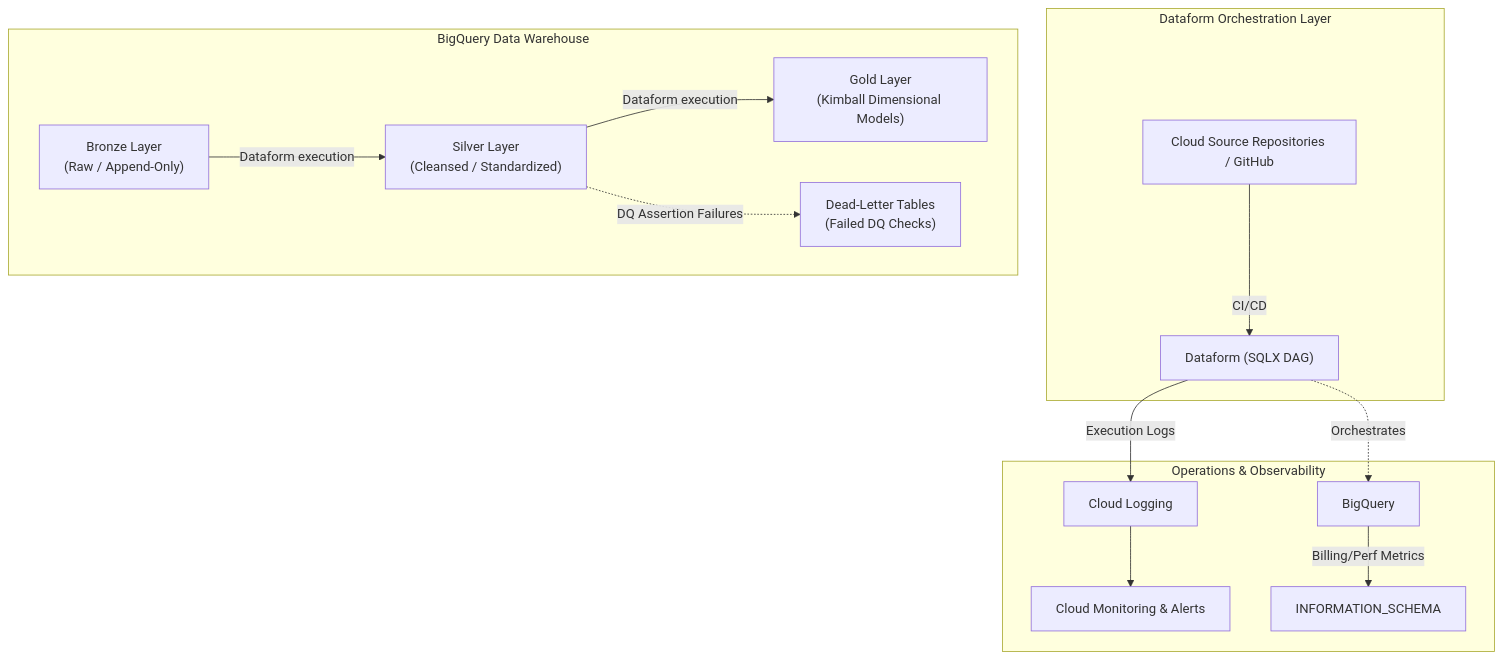
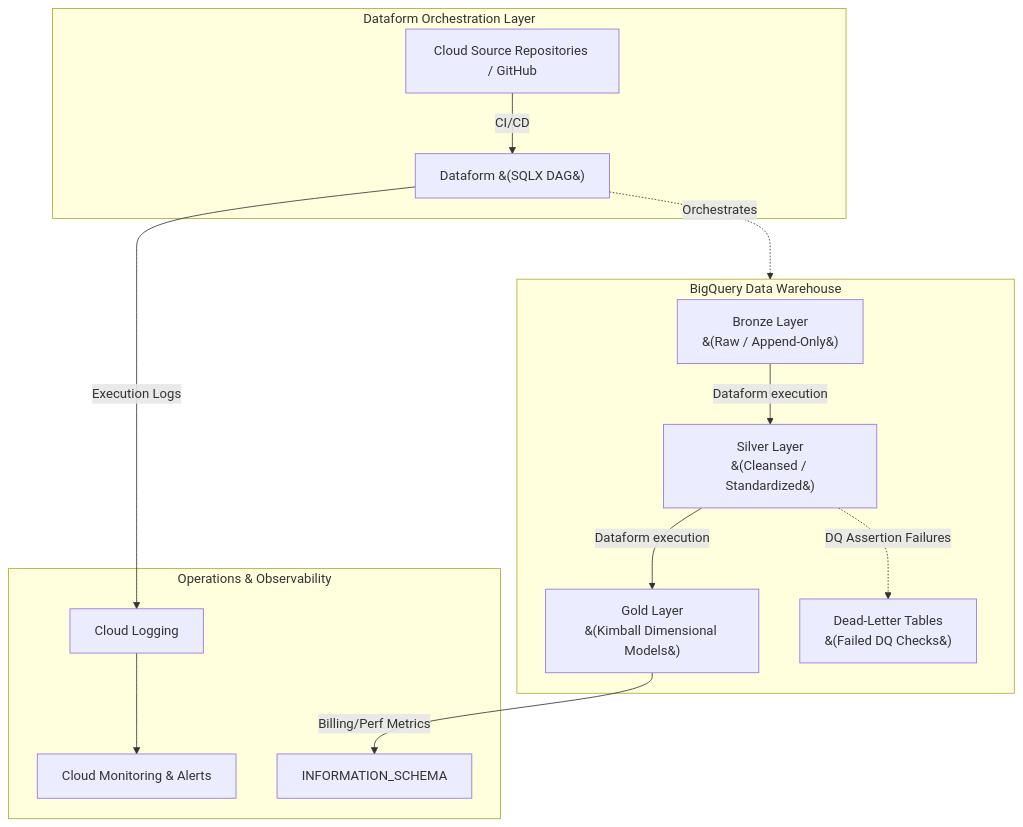
The diagram in gcp/bigquery_transformation_architecture.md (toanbui626391/data_architect), drawn with Mermaid before and after one commit. The commit also changed other lines of this file and 3 other files, not shown here.

Commit message:
update bigquery data warehouse design documents

````diff
--- a/gcp/bigquery_transformation_architecture.md
+++ b/gcp/bigquery_transformation_architecture.md
@@ -24,33 +24,33 @@
 ```mermaid
 flowchart TD
-    subgraph Dataform Orchestration Layer
-        DF["Dataform (SQLX DAG)"]
-        Git["Cloud Source Repositories / GitHub"]
+    subgraph DataformOrch [Dataform Orchestration Layer]
+        DF[Dataform &#40;SQLX DAG&#41;]
+        Git[Cloud Source Repositories / GitHub]
         
         Git -->|CI/CD| DF
     end
 
-    subgraph BigQuery Data Warehouse
-        Raw["Bronze Layer\n(Raw / Append-Only)"]
-        Silver["Silver Layer\n(Cleansed / Standardized)"]
-        Gold["Gold Layer\n(Kimball Dimensional Models)"]
-        DeadLetter["Dead-Letter Tables\n(Failed DQ Checks)"]
+    subgraph BQ [BigQuery Data Warehouse]
+        Raw[Bronze Layer<br>&#40;Raw / Append-Only&#41;]
+        Silver[Silver Layer<br>&#40;Cleansed / Standardized&#41;]
+        Gold[Gold Layer<br>&#40;Kimball Dimensional Models&#41;]
+        DeadLetter[Dead-Letter Tables<br>&#40;Failed DQ Checks&#41;]
         
         Raw -->|Dataform execution| Silver
         Silver -->|Dataform execution| Gold
         
         Silver -.->|DQ Assertion Failures| DeadLetter
     end
 
-    subgraph Operations & Observability
-        Logs["Cloud Logging"]
-        Monitor["Cloud Monitoring & Alerts"]
-        IS["INFORMATION_SCHEMA"]
+    subgraph Ops [Operations & Observability]
+        Logs[Cloud Logging]
+        Monitor[Cloud Monitoring & Alerts]
+        IS[INFORMATION_SCHEMA]
         
         DF -->|Execution Logs| Logs
         Logs --> Monitor
-        BigQuery -->|Billing/Perf Metrics| IS
+        Gold -->|Billing/Perf Metrics| IS
     end
 
-    DF -.->|Orchestrates| BigQuery
+    DF -.->|Orchestrates| BQ
 ```
````
